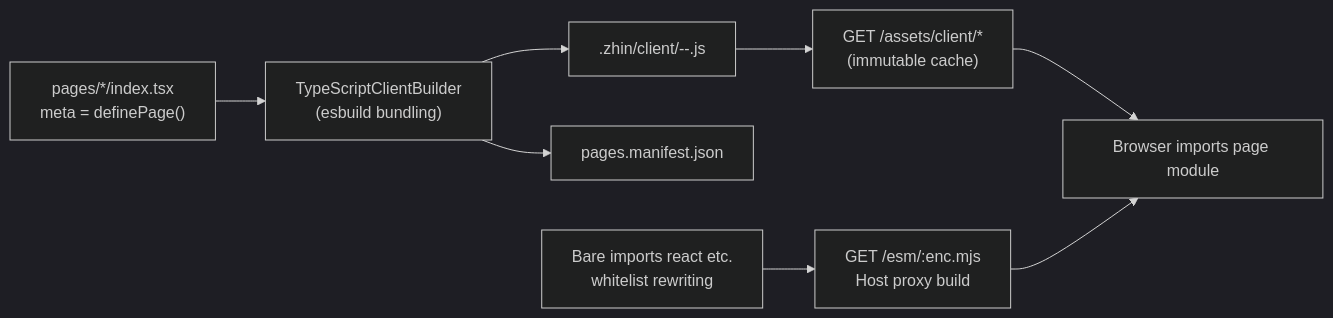
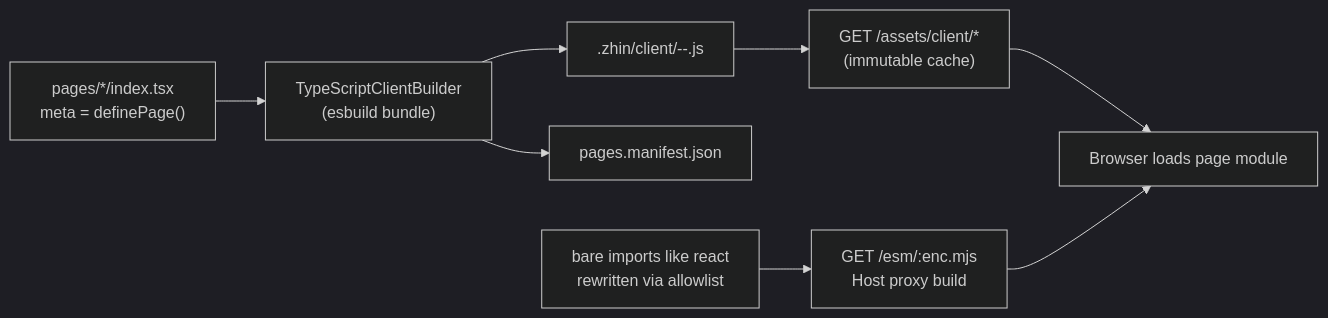
Before and after one commit to zhinjs/zhin: the diagram in docs/en/authoring/console-pages.md, drawn with Mermaid (dark theme). The commit also changed other lines of this file and 9 other files, not shown here.

````diff
--- a/docs/en/authoring/console-pages.md
+++ b/docs/en/authoring/console-pages.md
@@ -61,10 +109,10 @@
 ```mermaid
 flowchart LR
-    A["pages/*/index.tsx<br/>meta = definePage()"] --> B["TypeScriptClientBuilder<br/>(esbuild bundling)"]
+    A["pages/*/index.tsx<br/>meta = definePage()"] --> B["TypeScriptClientBuilder<br/>(esbuild bundle)"]
     B --> C[".zhin/client/<owner>-<name>-<hash>.js"]
     B --> D["pages.manifest.json"]
     C --> E["GET /assets/client/*<br/>(immutable cache)"]
-    F["Bare imports react etc.<br/>whitelist rewriting"] --> G["GET /esm/:enc.mjs<br/>Host proxy build"]
-    E --> H[Browser imports page module]
+    F["bare imports like react<br/>rewritten via allowlist"] --> G["GET /esm/:enc.mjs<br/>Host proxy build"]
+    E --> H[Browser loads page module]
     G --> H
 ```
````
